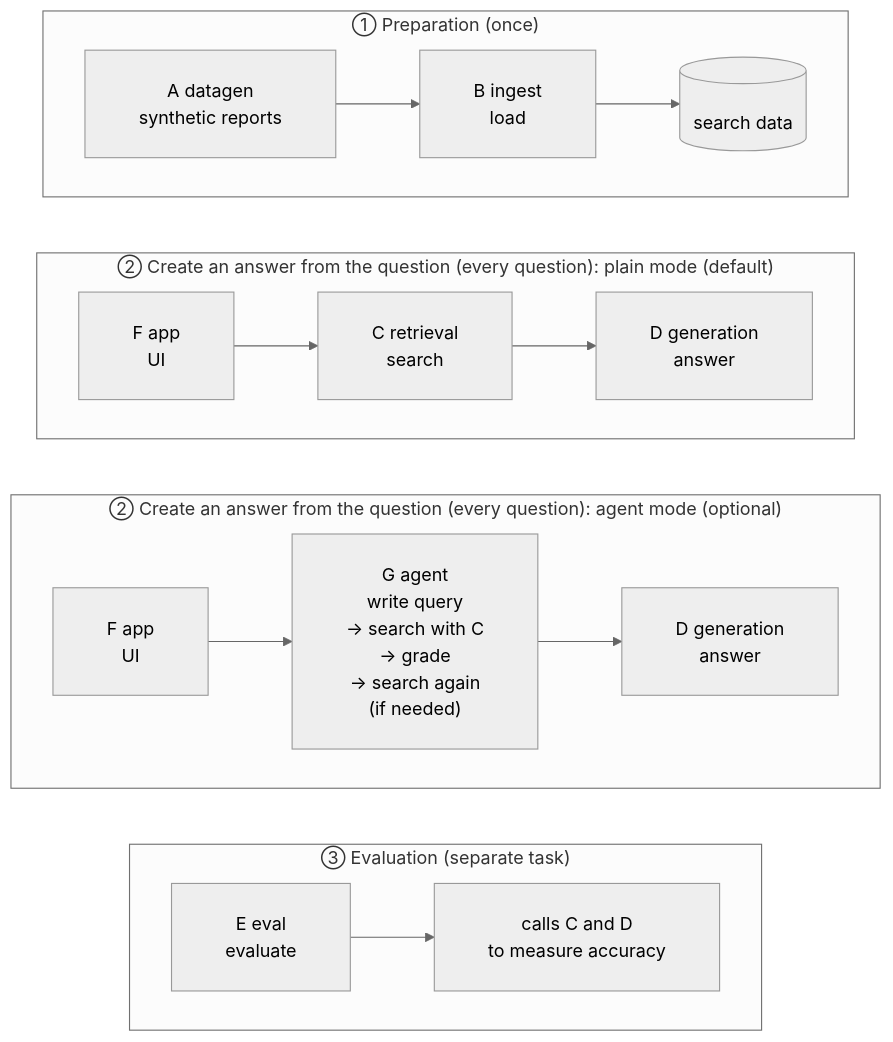
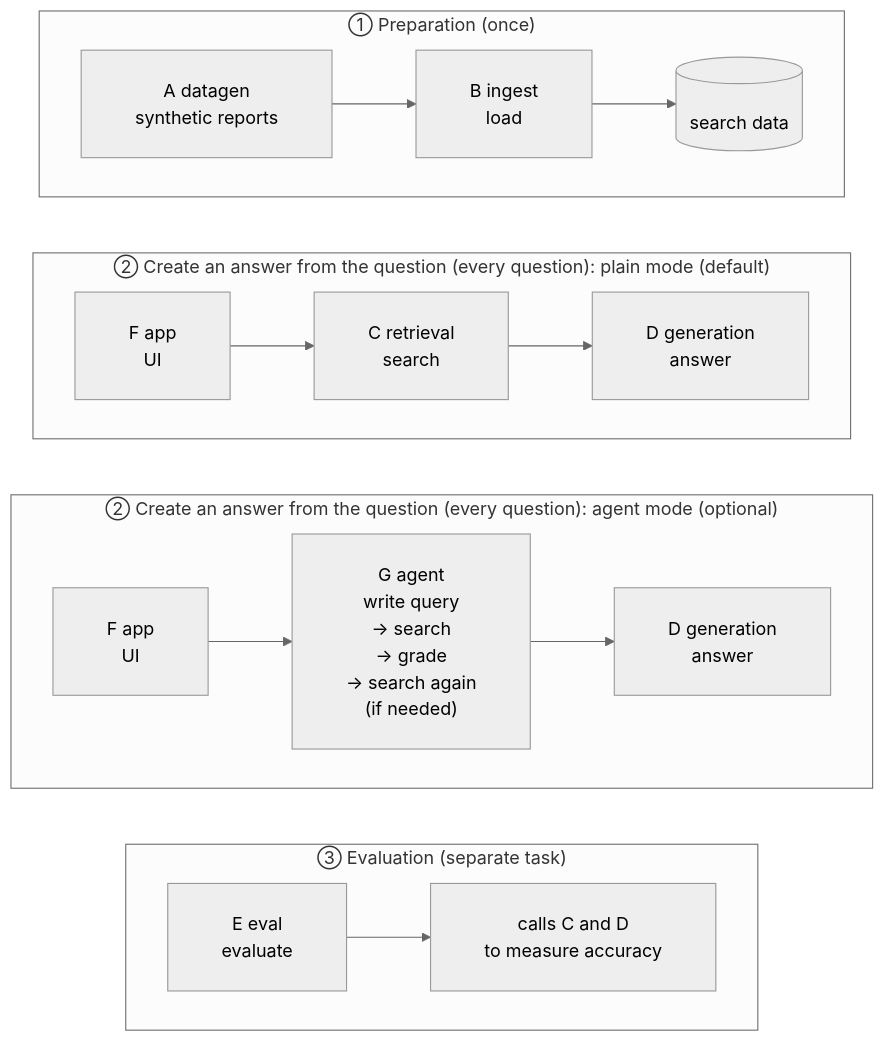
Before and after one commit to satoshi-abe-dev/silo-rag: the first of 3 diagrams in README_en.md, drawn with Mermaid (neutral theme). The commit also changed other lines of this file and 1 other file, not shown here.

First line of the commit message:
Say which functions of C and D the plain and agent modes call

````diff
--- a/README_en.md
+++ b/README_en.md
@@ -125,23 +125,23 @@
 ```mermaid
 %%{init: {"flowchart": {"padding": 24, "wrappingWidth": 400}}}%%
 graph TB
     subgraph prep["① Preparation (once)"]
         direction LR
         A["A datagen<br/>synthetic reports"] --> B["B ingest<br/>load"] --> DB[("search data")]
     end
     subgraph plain["② Create an answer from the question (every question): plain mode (default)"]
         direction LR
         F1["F app<br/>UI"] --> C1["C retrieval<br/>search"] --> D1["D generation<br/>answer"]
     end
     subgraph agent["② Create an answer from the question (every question): agent mode (optional)"]
         direction LR
-        F2["F app<br/>UI"] --> G["G agent<br/>write query<br/>→ search with C<br/>→ grade<br/>→ search again<br/>(if needed)"] --> D2["D generation<br/>answer"]
+        F2["F app<br/>UI"] --> G["G agent<br/>write query<br/>→ search<br/>→ grade<br/>→ search again<br/>(if needed)"] --> D2["D generation<br/>answer"]
     end
     subgraph ev["③ Evaluation (separate task)"]
         direction LR
         E["E eval<br/>evaluate"] --> CD["calls C and D<br/>to measure accuracy"]
     end
     prep ~~~ plain
     plain ~~~ agent
     agent ~~~ ev
 ```
````
